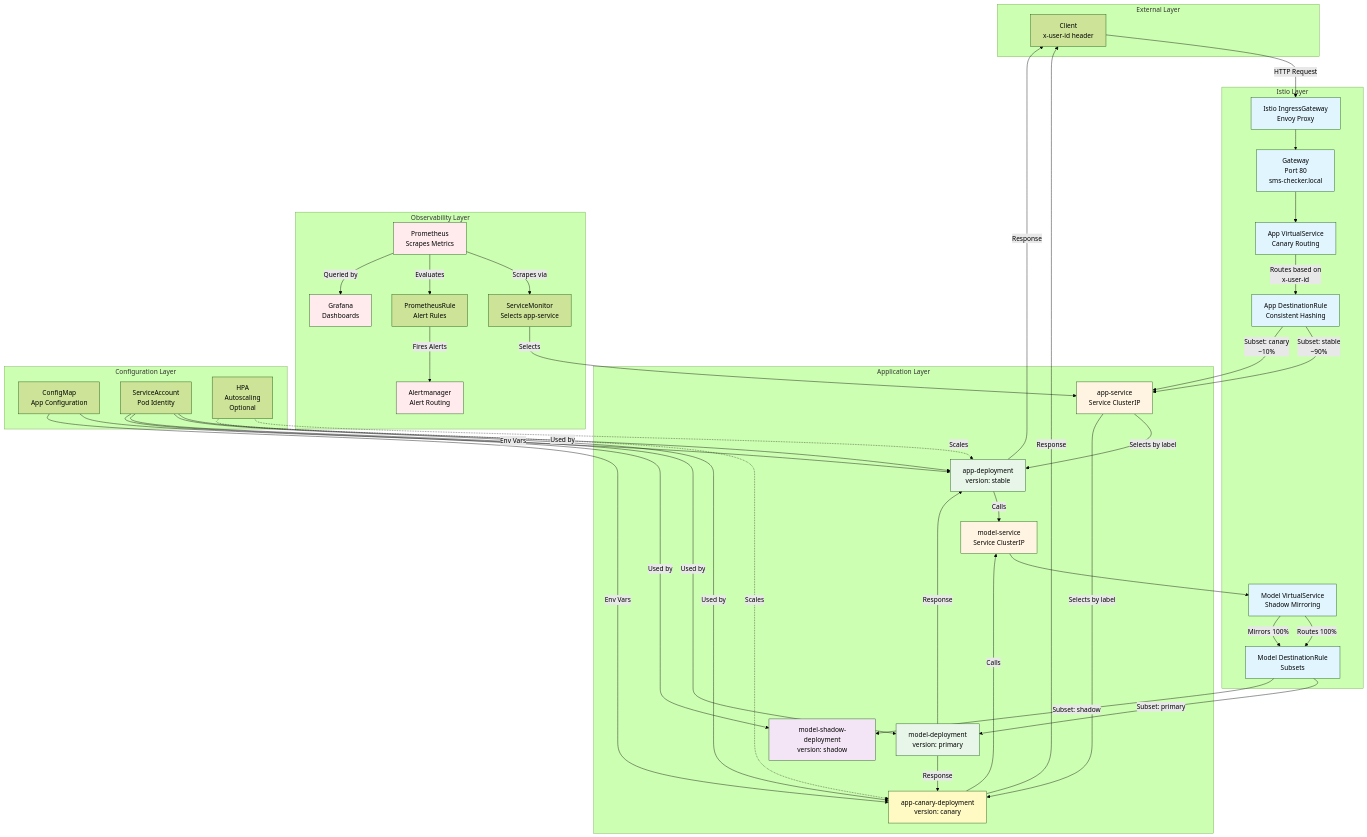
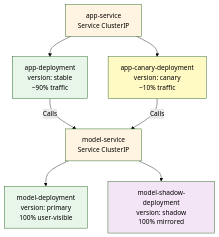
The third of 8 diagrams in docs/deployment.md (doda25-team2/operation), drawn with Mermaid (forest theme) before and after one commit. The commit also changed other lines of this file, not shown here.

Commit message:
broke down mermaid tables as they got too complex

````diff
--- a/docs/deployment.md
+++ b/docs/deployment.md
@@ -38,89 +80,18 @@
 ```mermaid
 flowchart TB
-    subgraph external["External Layer"]
-        Client[Client<br/>x-user-id header]
-    end
-
-    subgraph istioLayer["Istio Layer"]
-        IngressGW[Istio IngressGateway<br/>Envoy Proxy]
-        Gateway[Gateway<br/>Port 80<br/>sms-checker.local]
-        AppVS[App VirtualService<br/>Canary Routing]
-        AppDR[App DestinationRule<br/>Consistent Hashing]
-        ModelVS[Model VirtualService<br/>Shadow Mirroring]
-        ModelDR[Model DestinationRule<br/>Subsets]
-    end
-
-    subgraph appLayer["Application Layer"]
-        AppSvc[app-service<br/>Service ClusterIP]
-        AppStable[app-deployment<br/>version: stable]
-        AppCanary[app-canary-deployment<br/>version: canary]
-        ModelSvc[model-service<br/>Service ClusterIP]
-        ModelPrimary[model-deployment<br/>version: primary]
-        ModelShadow[model-shadow-deployment<br/>version: shadow]
-    end
-
-    subgraph observability["Observability Layer"]
-        ServiceMonitor[ServiceMonitor<br/>Selects app-service]
-        Prometheus[Prometheus<br/>Scrapes Metrics]
-        PrometheusRule[PrometheusRule<br/>Alert Rules]
-        Grafana[Grafana<br/>Dashboards]
-        Alertmanager[Alertmanager<br/>Alert Routing]
-    end
-
-    subgraph config["Configuration Layer"]
-        ConfigMap[ConfigMap<br/>App Configuration]
-        ServiceAccount[ServiceAccount<br/>Pod Identity]
-        HPA[HPA<br/>Autoscaling<br/>Optional]
-    end
-
-    Client -->|HTTP Request| IngressGW
-    IngressGW --> Gateway
-    Gateway --> AppVS
-    AppVS -->|Routes based on<br/>x-user-id| AppDR
-    AppDR -->|Subset: stable<br/>~90%| AppSvc
-    AppDR -->|Subset: canary<br/>~10%| AppSvc
-    AppSvc -->|Selects by label| AppStable
-    AppSvc -->|Selects by label| AppCanary
-    AppStable -->|Calls| ModelSvc
+    AppSvc[app-service<br/>Service ClusterIP] --> AppStable[app-deployment<br/>version: stable<br/>~90% traffic]
+    AppSvc --> AppCanary[app-canary-deployment<br/>version: canary<br/>~10% traffic]
+    
+    AppStable -->|Calls| ModelSvc[model-service<br/>Service ClusterIP]
     AppCanary -->|Calls| ModelSvc
-    ModelSvc --> ModelVS
-    ModelVS -->|Routes 100%| ModelDR
-    ModelVS -->|Mirrors 100%| ModelDR
-    ModelDR -->|Subset: primary| ModelPrimary
-    ModelDR -->|Subset: shadow| ModelShadow
-    ModelPrimary -->|Response| AppStable
-    ModelPrimary -->|Response| AppCanary
-    AppStable -->|Response| Client
-    AppCanary -->|Response| Client
-
-    ServiceMonitor -->|Selects| AppSvc
-    Prometheus -->|Scrapes via| ServiceMonitor
-    Prometheus -->|Evaluates| PrometheusRule
-    PrometheusRule -->|Fires Alerts| Alertmanager
-    Prometheus -->|Queried by| Grafana
-
-    ConfigMap -->|Env Vars| AppStable
-    ConfigMap -->|Env Vars| AppCanary
-    ServiceAccount -->|Used by| AppStable
-    ServiceAccount -->|Used by| AppCanary
-    ServiceAccount -->|Used by| ModelPrimary
-    ServiceAccount -->|Used by| ModelShadow
-    HPA -.->|Scales| AppStable
-    HPA -.->|Scales| AppCanary
-
-    style IngressGW fill:#e1f5ff
-    style Gateway fill:#e1f5ff
-    style AppVS fill:#e1f5ff
-    style AppDR fill:#e1f5ff
-    style ModelVS fill:#e1f5ff
-    style ModelDR fill:#e1f5ff
+    
+    ModelSvc --> ModelPrimary[model-deployment<br/>version: primary<br/>100% user-visible]
+    ModelSvc --> ModelShadow[model-shadow-deployment<br/>version: shadow<br/>100% mirrored]
+    
     style AppSvc fill:#fff4e1
     style ModelSvc fill:#fff4e1
     style AppStable fill:#e8f5e9
     style AppCanary fill:#fff9c4
     style ModelPrimary fill:#e8f5e9
     style ModelShadow fill:#f3e5f5
-    style Prometheus fill:#ffebee
-    style Grafana fill:#ffebee
-    style Alertmanager fill:#ffebee
 ```
````
